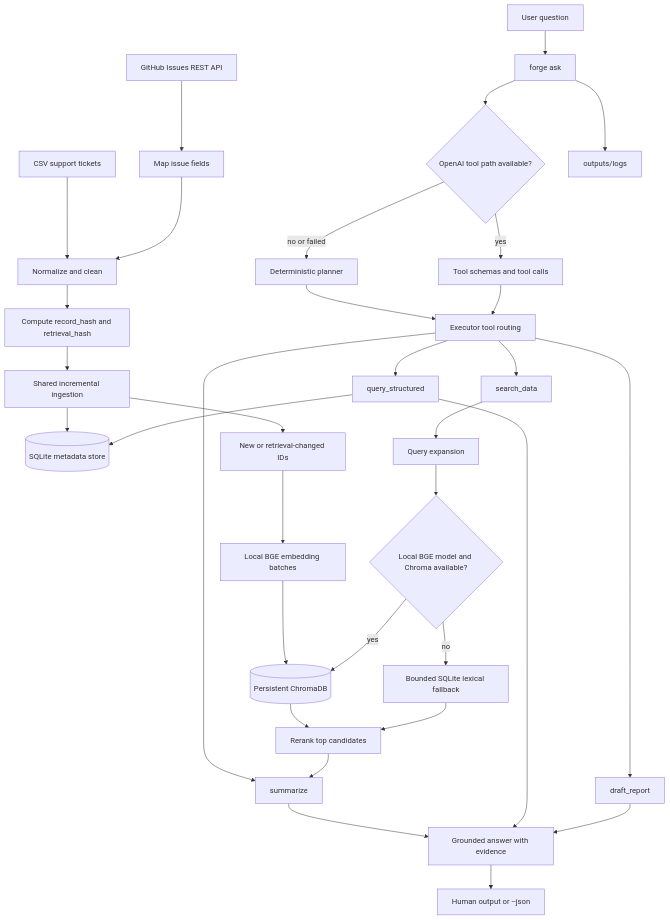
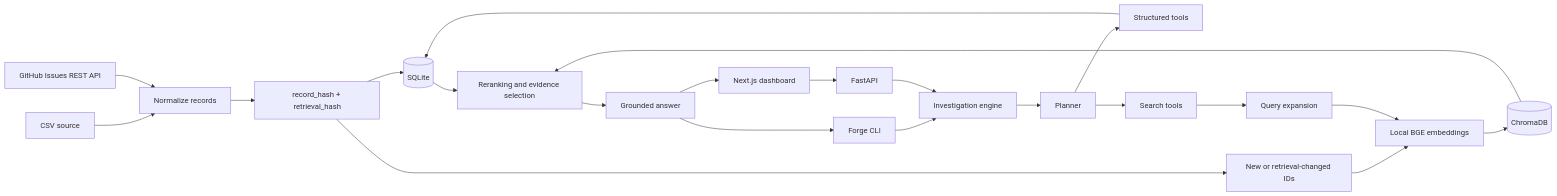
The second of 2 diagrams in README.md (JustXutkarsh/forge-Ai), drawn with Mermaid before and after one commit. The commit also changed other lines of this file, not shown here.

Commit message:
Rewrite Forge README

````diff
--- a/README.md
+++ b/README.md
@@ -220,36 +137,25 @@
 ```mermaid
-flowchart TD
-    CSV[CSV support tickets] --> NORMALIZE[Normalize and clean]
-    GH[GitHub Issues REST API] --> MAP[Map issue fields]
-    MAP --> NORMALIZE
-    NORMALIZE --> HASH[Compute record_hash and retrieval_hash]
-    HASH --> INGEST[Shared incremental ingestion]
-    INGEST --> SQLITE[(SQLite metadata store)]
-    INGEST --> CANDIDATES[New or retrieval-changed IDs]
-    CANDIDATES --> EMBED[Local BGE embedding batches]
-    EMBED --> CHROMA[(Persistent ChromaDB)]
+flowchart LR
+    CSV[CSV source] --> NORMALIZE[Normalize records]
+    GITHUB[GitHub Issues REST API] --> NORMALIZE
+    NORMALIZE --> HASH[record_hash + retrieval_hash]
+    HASH --> SQLITE[(SQLite)]
+    HASH --> CANDIDATES[New or retrieval-changed IDs]
+    CANDIDATES --> LOCAL_EMBED[Local BGE embeddings]
+    LOCAL_EMBED --> CHROMA[(ChromaDB)]
 
-    QUESTION[User question] --> ASK[forge ask]
-    ASK --> ORCHESTRATE{OpenAI tool path available?}
-    ORCHESTRATE -->|yes| TOOLS[Tool schemas and tool calls]
-    ORCHESTRATE -->|no or failed| PLAN[Deterministic planner]
-    PLAN --> ROUTER[Executor tool routing]
-    TOOLS --> ROUTER
-    ROUTER --> SQL[query_structured]
-    ROUTER --> SEARCH[search_data]
-    ROUTER --> SUMMARY[summarize]
-    ROUTER --> REPORT[draft_report]
-    SQL --> SQLITE
-    SEARCH --> EXPAND[Query expansion]
-    EXPAND --> VECTOR{Local BGE model and Chroma available?}
-    VECTOR -->|yes| CHROMA
-    VECTOR -->|no| LEXICAL[Bounded SQLite lexical fallback]
-    CHROMA --> RERANK[Rerank top candidates]
-    LEXICAL --> RERANK
-    RERANK --> SUMMARY
-    SUMMARY --> ANSWER[Grounded answer with evidence]
-    SQL --> ANSWER
-    REPORT --> ANSWER
-    ANSWER --> CLI[Human output or --json]
-    ASK --> LOGS[outputs/logs]
+    FRONTEND[Next.js dashboard] --> API[FastAPI]
+    CLI[Forge CLI] --> ENGINE[Investigation engine]
+    API --> ENGINE
+    ENGINE --> PLANNER[Planner]
+    PLANNER --> SQL_TOOL[Structured tools]
+    PLANNER --> SEARCH_TOOL[Search tools]
+    SQL_TOOL --> SQLITE
+    SEARCH_TOOL --> QUERY[Query expansion]
+    QUERY --> LOCAL_EMBED
+    CHROMA --> RERANK[Reranking and evidence selection]
+    SQLITE --> RERANK
+    RERANK --> ANSWER[Grounded answer]
+    ANSWER --> FRONTEND
+    ANSWER --> CLI
 ```
````
